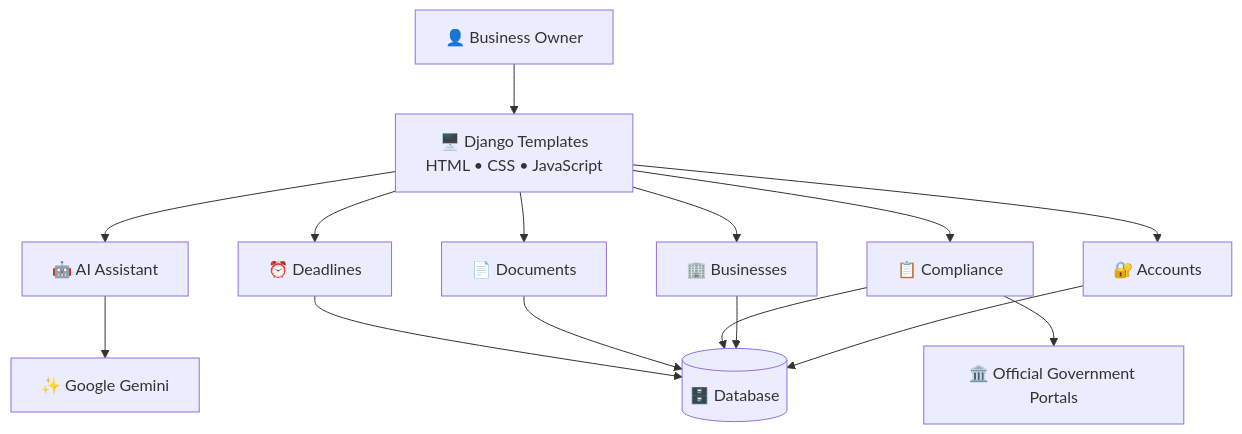
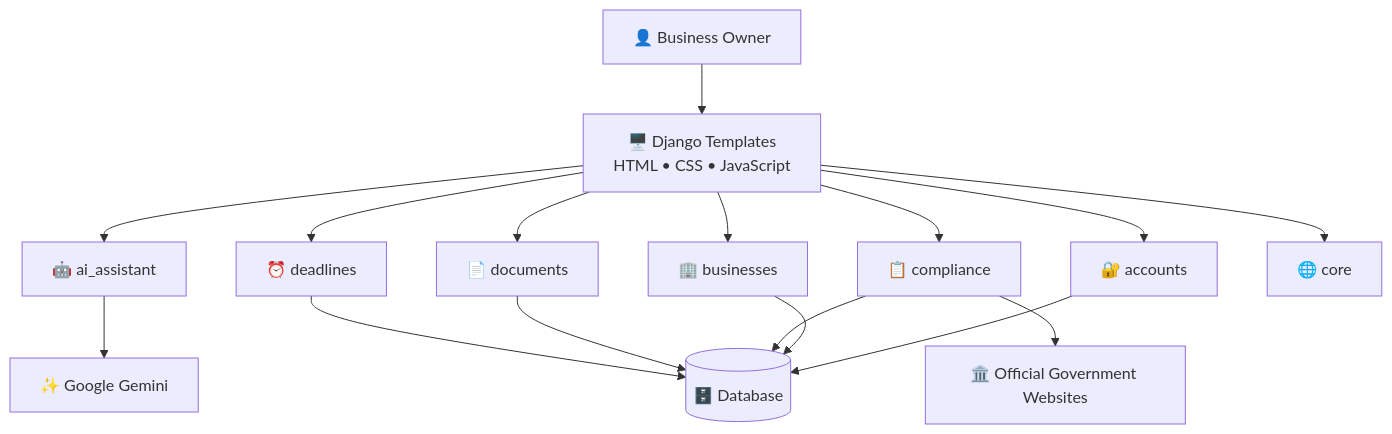
One commit to aryanbindal89/SmallBiz-AI changed the third of 3 diagrams in README.md. Above: the diagram before and after it, drawn with Mermaid. The commit also changed other lines of this file, not shown here.

````diff
--- a/README.md
+++ b/README.md
@@ -429,37 +367,39 @@
 ```mermaid
 flowchart TB
 
     USER["👤 Business Owner"]
 
     FRONTEND["🖥️ Django Templates<br/>HTML • CSS • JavaScript"]
 
-    AUTH["🔐 Accounts"]
-    BUSINESS["🏢 Businesses"]
-    AI["🤖 AI Assistant"]
-    COMPLIANCE["📋 Compliance"]
-    DOCS["📄 Documents"]
-    DEADLINES["⏰ Deadlines"]
+    AUTH["🔐 accounts"]
+    BUSINESS["🏢 businesses"]
+    AI["🤖 ai_assistant"]
+    COMPLIANCE["📋 compliance"]
+    DOCS["📄 documents"]
+    DEADLINES["⏰ deadlines"]
+    CORE["🌐 core"]
 
     GEMINI["✨ Google Gemini"]
-    DATABASE[("🗄️ Database")]
-    PORTALS["🏛️ Official Government Portals"]
+    DB[("🗄️ Database")]
+    PORTALS["🏛️ Official Government Websites"]
 
     USER --> FRONTEND
 
     FRONTEND --> AUTH
     FRONTEND --> BUSINESS
     FRONTEND --> AI
     FRONTEND --> COMPLIANCE
     FRONTEND --> DOCS
     FRONTEND --> DEADLINES
+    FRONTEND --> CORE
 
     AI --> GEMINI
 
-    AUTH --> DATABASE
-    BUSINESS --> DATABASE
-    COMPLIANCE --> DATABASE
-    DOCS --> DATABASE
-    DEADLINES --> DATABASE
+    AUTH --> DB
+    BUSINESS --> DB
+    COMPLIANCE --> DB
+    DOCS --> DB
+    DEADLINES --> DB
 
     COMPLIANCE --> PORTALS
 ```
````
